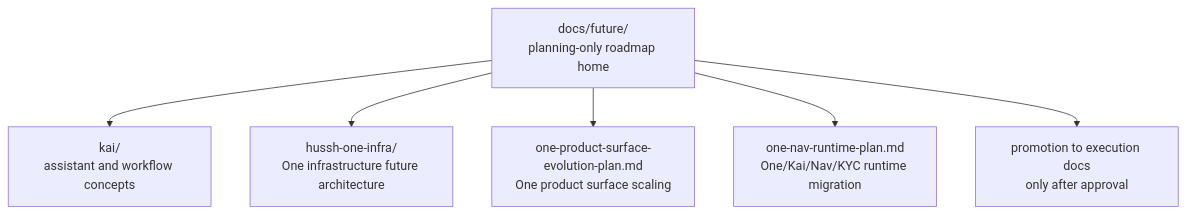
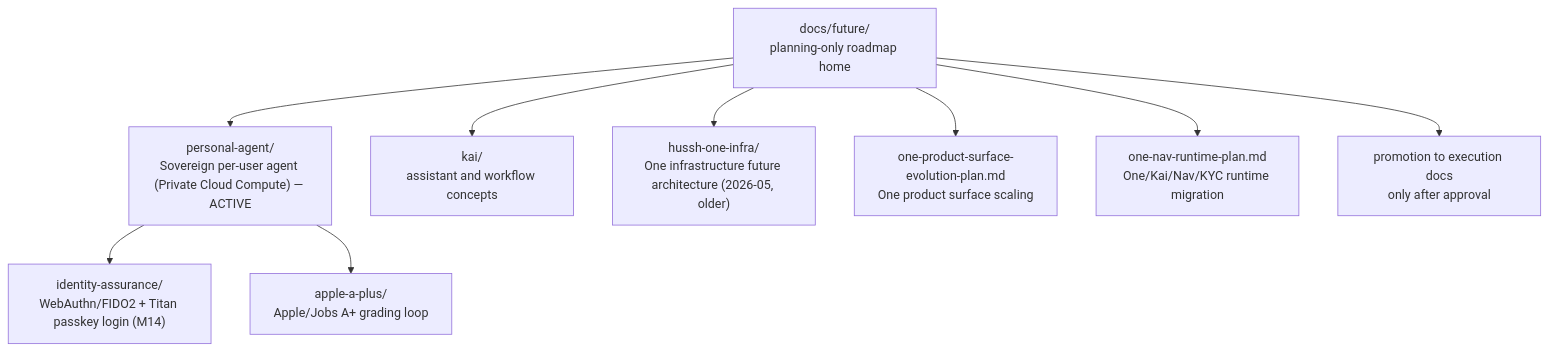
The diagram in docs/future/README.md (hushh-labs/hushh-research), drawn with Mermaid before and after one commit. The commit also changed other lines of this file and 105 other files, not shown here.

````diff
--- a/docs/future/README.md
+++ b/docs/future/README.md
@@ -7,15 +7,21 @@
 ```mermaid
 flowchart TD
   root["docs/future/<br/>planning-only roadmap home"]
+  personalAgent["personal-agent/<br/>Sovereign per-user agent (Private Cloud Compute) — ACTIVE"]
+  identity["identity-assurance/<br/>WebAuthn/FIDO2 + Titan passkey login (M14)"]
+  aPlus["apple-a-plus/<br/>Apple/Jobs A+ grading loop"]
   kai["kai/<br/>assistant and workflow concepts"]
-  oneInfra["hussh-one-infra/<br/>One infrastructure future architecture"]
+  oneInfra["hussh-one-infra/<br/>One infrastructure future architecture (2026-05, older)"]
   oneSurface["one-product-surface-evolution-plan.md<br/>One product surface scaling"]
   oneNav["one-nav-runtime-plan.md<br/>One/Kai/Nav/KYC runtime migration"]
   execution["promotion to execution docs<br/>only after approval"]
 
+  root --> personalAgent
+  personalAgent --> identity
+  personalAgent --> aPlus
   root --> kai
   root --> oneInfra
   root --> oneSurface
   root --> oneNav
   root --> execution
 ```
````
